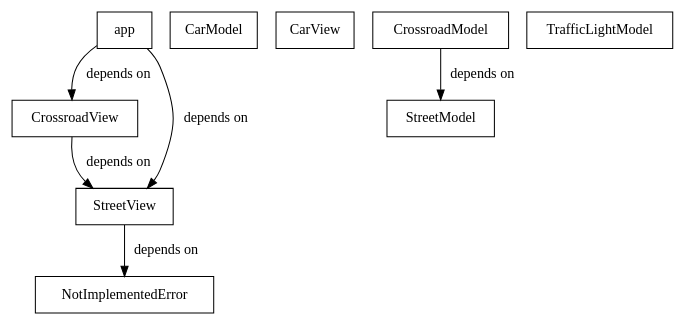
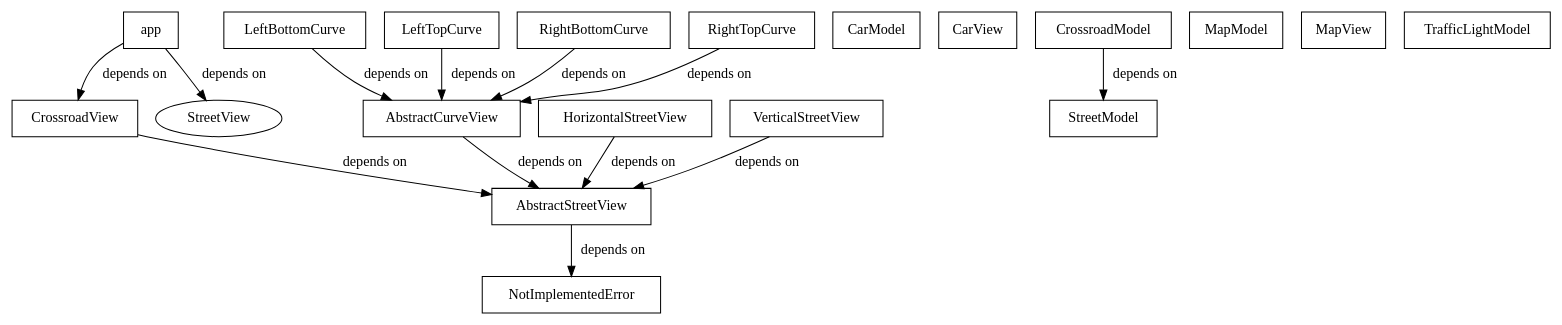
One commit to Ryuno-Ki/js13kgames-2016 changed the diagram in dependencies.dot. Above: the diagram before and after it, drawn with Graphviz. The commit also changed 1 other file, not shown here.

Commit message:
Update dependency graph

```diff
--- a/dependencies.dot
+++ b/dependencies.dot
@@ -1,17 +1,33 @@
 digraph G {
     app [shape=box];
+    AbstractCurveView [shape=box];
+    AbstractStreetView [shape=box];
     CarModel [shape=box];
     CarView [shape=box];
     CrossroadModel [shape=box];
     CrossroadView [shape=box];
+    HorizontalStreetView [shape=box];
+    LeftBottomCurve [shape=box];
+    LeftTopCurve [shape=box];
+    MapModel [shape=box];
+    MapView [shape=box];
     NotImplementedError [shape=box];
+    RightBottomCurve [shape=box];
+    RightTopCurve [shape=box];
     StreetModel [shape=box];
-    StreetView [shape=box];
     TrafficLightModel [shape=box];
+    VerticalStreetView [shape=box];
 
+    AbstractCurveView -> AbstractStreetView [label="depends on"];
+    AbstractStreetView -> NotImplementedError [label="depends on"];
     app -> CrossroadView [label="depends on"];
     app -> StreetView [label="depends on"];
     CrossroadModel -> StreetModel [label="depends on"];
-    CrossroadView -> StreetView [label="depends on"];
-    StreetView -> NotImplementedError [label="depends on"];
+    CrossroadView -> AbstractStreetView [label="depends on"];
+    HorizontalStreetView -> AbstractStreetView [label="depends on"];
+    LeftBottomCurve -> AbstractCurveView [label="depends on"];
+    LeftTopCurve -> AbstractCurveView [label="depends on"];
+    RightBottomCurve -> AbstractCurveView [label="depends on"];
+    RightTopCurve -> AbstractCurveView [label="depends on"];
+    VerticalStreetView -> AbstractStreetView [label="depends on"];
 }
```
